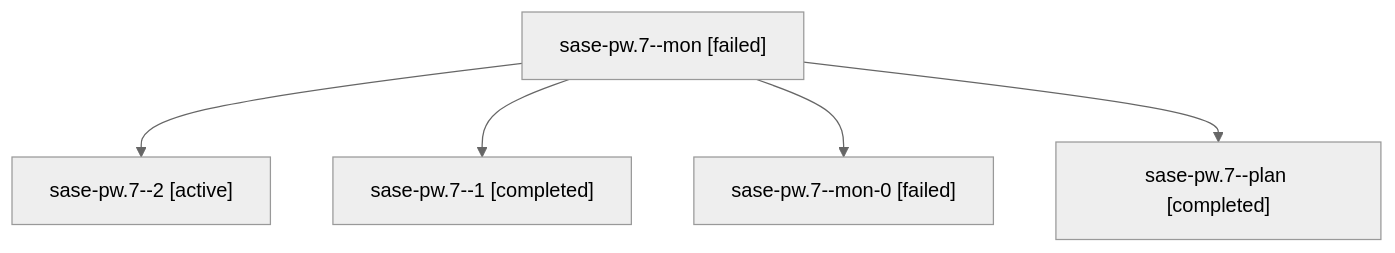
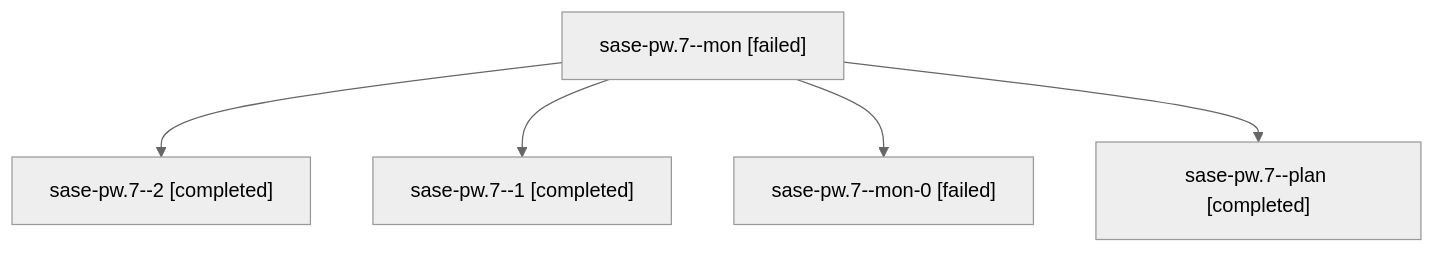
Before and after one commit to sase-org/sase--agents: the diagram in families/bbugyi200.athena.sase-pw.7.md, drawn with Mermaid (neutral theme). The commit also changed other lines of this file and 82 other files, not shown here.

````diff
--- a/families/bbugyi200.athena.sase-pw.7.md
+++ b/families/bbugyi200.athena.sase-pw.7.md
@@ -9,12 +9,12 @@
 ```mermaid
 flowchart TD
   n0["sase-pw.7--mon [failed]"]
-  n1["sase-pw.7--2 [active]"]
+  n1["sase-pw.7--2 [completed]"]
   n0 --> n1
   n2["sase-pw.7--1 [completed]"]
   n0 --> n2
   n3["sase-pw.7--mon-0 [failed]"]
   n0 --> n3
   n4["sase-pw.7--plan [completed]"]
   n0 --> n4
 ```
````
